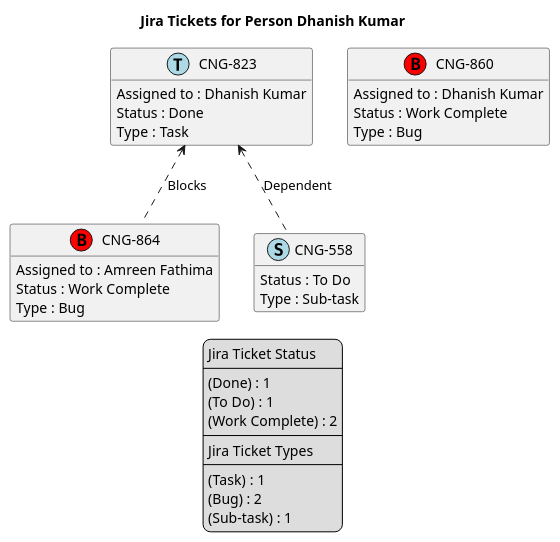
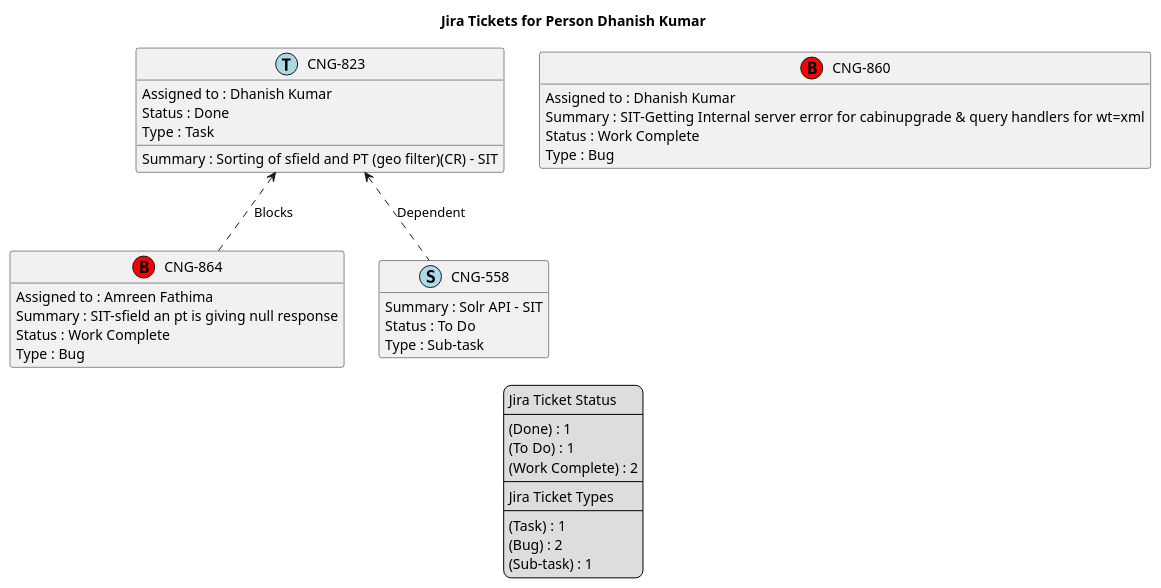
The diagram in temp/jira-Person-Dhanish_Kumar.puml (brunasti/jiraplotter), drawn with PlantUML before and after one commit. The commit also changed 90 other files, not shown here.

```diff
--- a/temp/jira-Person-Dhanish_Kumar.puml
+++ b/temp/jira-Person-Dhanish_Kumar.puml
@@ -1,56 +1,60 @@
 @startuml
 'https://plantuml.com/class-diagram
 
 ' GENERATE CLASS DIAGRAM ===========
-' Generated at    : Tue Apr 23 13:28:09 CEST 2024
+' Generated at    : Fri May 03 10:09:58 CEST 2024
 
 title Jira Tickets for Person Dhanish Kumar
 hide empty members
 
 legend
 Jira Ticket Status
 ----
 (Done) : 1
 (To Do) : 1
 (Work Complete) : 2
 ----
 Jira Ticket Types
 ----
 (Task) : 1
 (Bug) : 2
 (Sub-task) : 1
 end legend
 
 
 ' Tickets =======
 class "CNG-823" << (T,lightblue) >> {
   Assigned to : Dhanish Kumar
+  Summary : Sorting of sfield and PT (geo filter)(CR) - SIT
   Status : Done
   Type : Task
 }
 
 class "CNG-860" << (B,red) >> {
   Assigned to : Dhanish Kumar
+  Summary : SIT-Getting Internal server error  for cabinupgrade & query handlers for wt=xml
   Status : Work Complete
   Type : Bug
 }
 
 class "CNG-864" << (B,red) >> {
   Assigned to : Amreen Fathima
+  Summary : SIT-sfield an pt is giving null response
   Status : Work Complete
   Type : Bug
 }
 
 class "CNG-558" << (S,lightblue) >> {
+  Summary : Solr API - SIT
   Status : To Do
   Type : Sub-task
 }
 
 
 
 ' Links =======
 "CNG-823" <.. "CNG-864" : Blocks
 "CNG-823" <.. "CNG-558" : Dependent
 
 
 @enduml
```
